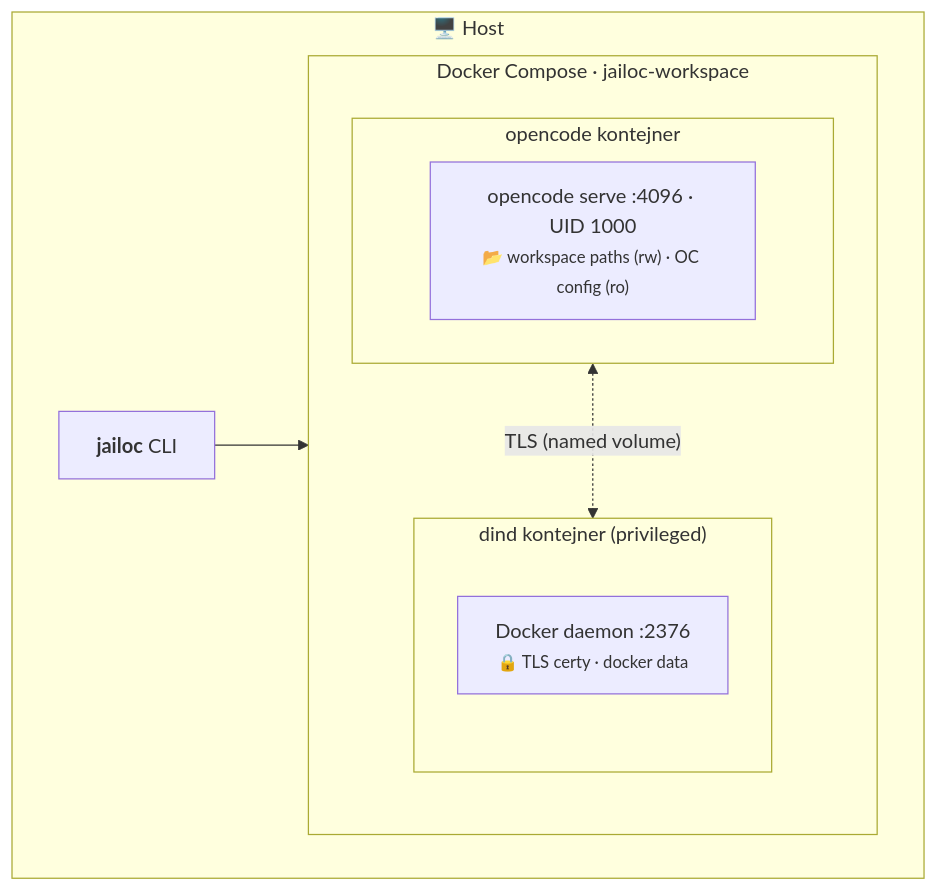
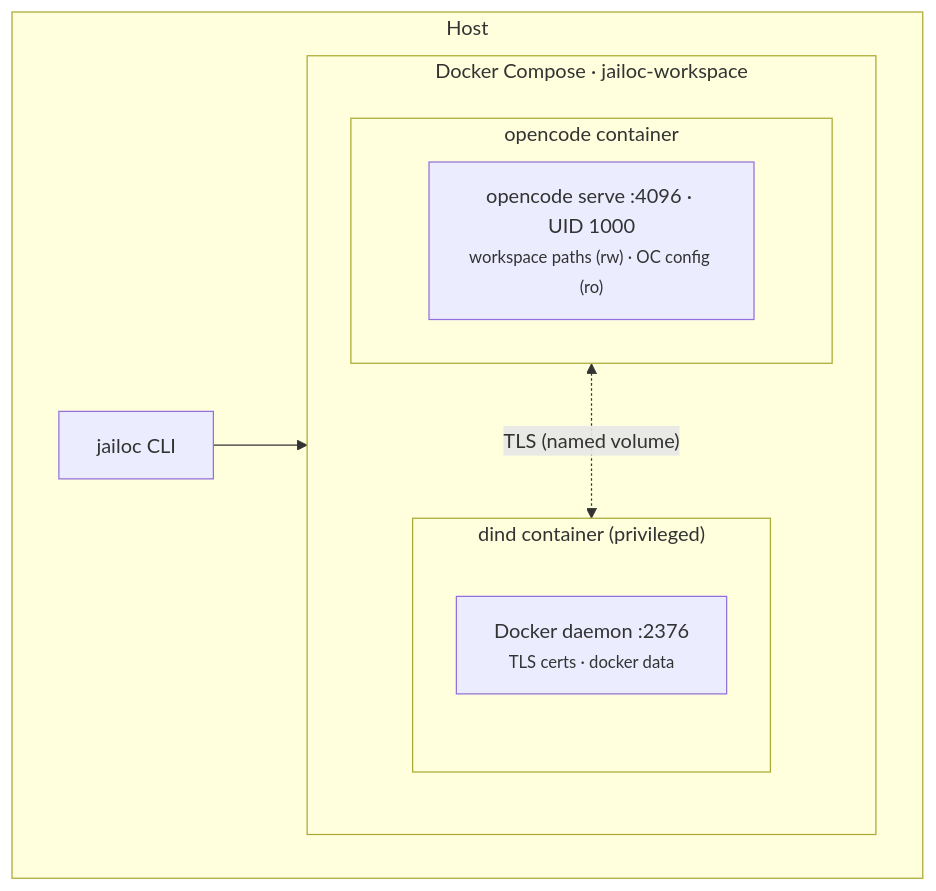
The diagram in docs/index.md (seznam/jailoc), drawn with Mermaid before and after one commit. The commit also changed other lines of this file and 23 other files, not shown here.

````diff
--- a/docs/index.md
+++ b/docs/index.md
@@ -13,18 +9,18 @@
 ```mermaid
 flowchart TB
-    subgraph host["🖥️ Host"]
-        cli["<b>jailoc</b> CLI"]
+    subgraph host["Host"]
+        cli["jailoc CLI"]
 
         subgraph compose["Docker Compose · jailoc-workspace"]
-            subgraph oc["opencode kontejner"]
-                ocd["opencode serve :4096 · UID 1000<br><small>📂 workspace paths (rw) · OC config (ro)</small>"]
+            subgraph oc["opencode container"]
+                ocd["opencode serve :4096 · UID 1000<br><small>workspace paths (rw) · OC config (ro)</small>"]
             end
-            subgraph dind["dind kontejner (privileged)"]
-                dd["Docker daemon :2376<br><small>🔒 TLS certy · docker data</small>"]
+            subgraph dind["dind container (privileged)"]
+                dd["Docker daemon :2376<br><small>TLS certs · docker data</small>"]
             end
         end
     end
 
     cli --> compose
     oc <-.->|"TLS (named volume)"| dind
 ```
````
